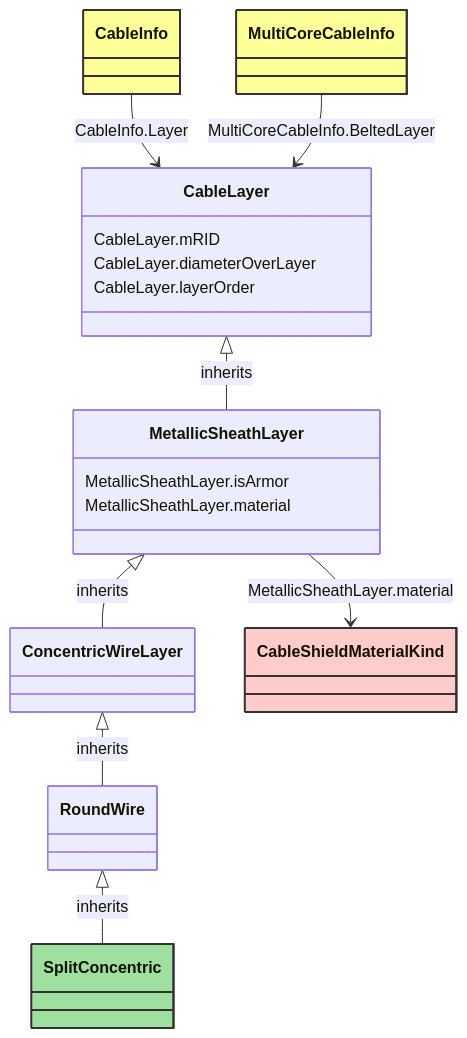
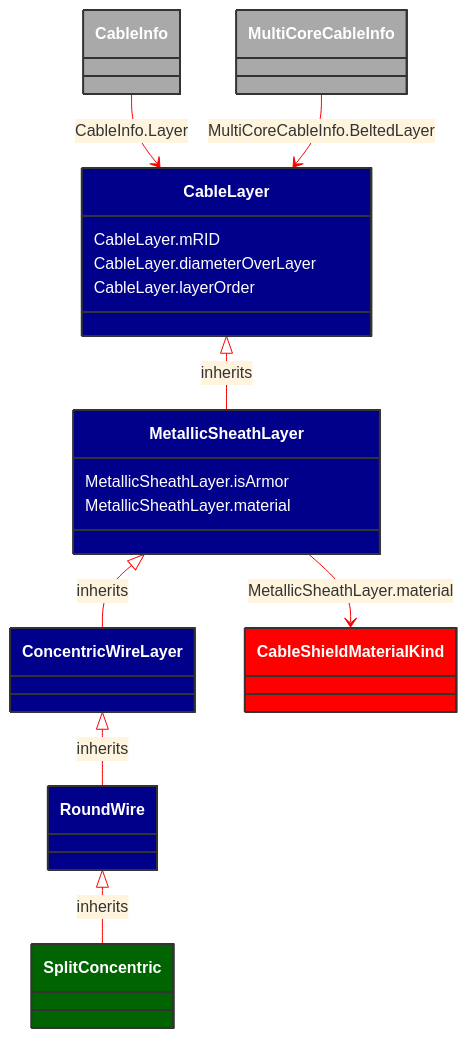
The diagram in docs/Models/Profiles/SubseaCableInfo/ConcreteClasses/SplitConcentric.md (3lbits/NoCIMExtensions), drawn with Mermaid before and after one commit. The commit also changed 58 other files, not shown here.

````diff
--- a/docs/Models/Profiles/SubseaCableInfo/ConcreteClasses/SplitConcentric.md
+++ b/docs/Models/Profiles/SubseaCableInfo/ConcreteClasses/SplitConcentric.md
@@ -8,51 +8,52 @@
 ```mermaid
+%%{init: {'theme':'base','themeVariables': {'lineColor': '#FF0000'}}}%%
 classDiagram
     class SplitConcentric
     click SplitConcentric href "/Models/Profiles/SubseaCableInfo/ConcreteClasses/SplitConcentric/"
-    style SplitConcentric fill:#9fdf9f,stroke:#333,stroke-width:2px,rx:10,ry:10
+    style SplitConcentric fill:#006400,stroke:#333,stroke-width:2px,rx:10,ry:10,color:white
 
         RoundWire <|-- SplitConcentric : inherits
             click RoundWire href "/Models/Profiles/SubseaCableInfo/ConcreteClasses/RoundWire/"
-            style RoundWire rx:10,ry:10
+            style RoundWire fill:#00008B,stroke:#333,stroke-width:2px,rx:10,ry:10,color:white
 
         SplitConcentric
             click SplitConcentric href "/Models/Profiles/SubseaCableInfo/ConcreteClasses/SplitConcentric/"
-            style SplitConcentric rx:10,ry:10
+            style RoundWire fill:#00008B,stroke:#333,stroke-width:2px,rx:10,ry:10,color:white
 
         ConcentricWireLayer <|-- RoundWire : inherits
             click ConcentricWireLayer href "/Models/Profiles/SubseaCableInfo/ConcreteClasses/ConcentricWireLayer/"
-            style ConcentricWireLayer rx:10,ry:10
+            style ConcentricWireLayer fill:#00008B,stroke:#333,stroke-width:2px,rx:10,ry:10,color:white
 
         MetallicSheathLayer <|-- ConcentricWireLayer : inherits
             click MetallicSheathLayer href "/Models/Profiles/SubseaCableInfo/ConcreteClasses/MetallicSheathLayer/"
-            style MetallicSheathLayer rx:10,ry:10
+            style MetallicSheathLayer fill:#00008B,stroke:#333,stroke-width:2px,rx:10,ry:10,color:white
 
         CableLayer <|-- MetallicSheathLayer : inherits
             click CableLayer href "/Models/Profiles/SubseaCableInfo/AbstractClasses/CableLayer/"
-            style CableLayer rx:10,ry:10
+            style CableLayer fill:#00008B,stroke:#333,stroke-width:2px,rx:10,ry:10,color:white
 
 
         CableInfo --> CableLayer : CableInfo.Layer
 
         CableInfo
             click CableInfo href "/Models/Profiles/SubseaCableInfo/ConcreteClasses/CableInfo/"
-            style CableInfo fill:#ffff99,stroke:#333,stroke-width:2px,rx:10,ry:10
+            style CableInfo fill:#A9A9A9,stroke:#333,stroke-width:2px,rx:10,ry:10,color:white
 
         MultiCoreCableInfo --> CableLayer : MultiCoreCableInfo.BeltedLayer
 
         MultiCoreCableInfo
             click MultiCoreCableInfo href "/Models/Profiles/SubseaCableInfo/ConcreteClasses/MultiCoreCableInfo/"
-            style MultiCoreCableInfo fill:#ffff99,stroke:#333,stroke-width:2px,rx:10,ry:10
+            style MultiCoreCableInfo fill:#A9A9A9,stroke:#333,stroke-width:2px,rx:10,ry:10,color:white
 
         MetallicSheathLayer --> CableShieldMaterialKind : MetallicSheathLayer.material
 
         CableShieldMaterialKind
             click CableShieldMaterialKind href "/Models/Profiles/SubseaCableInfo/Enumerations/CableShieldMaterialKind/"
-            style CableShieldMaterialKind fill:#FFCCCB,stroke:#333,stroke-width:2px,rx:10,ry:10
+            style CableShieldMaterialKind fill:#FF0000,stroke:#333,stroke-width:2px,rx:10,ry:10,color:white
 
         MetallicSheathLayer : MetallicSheathLayer.isArmor
         MetallicSheathLayer : MetallicSheathLayer.material
         CableLayer : CableLayer.mRID
         CableLayer : CableLayer.diameterOverLayer
         CableLayer : CableLayer.layerOrder
 ```
````
